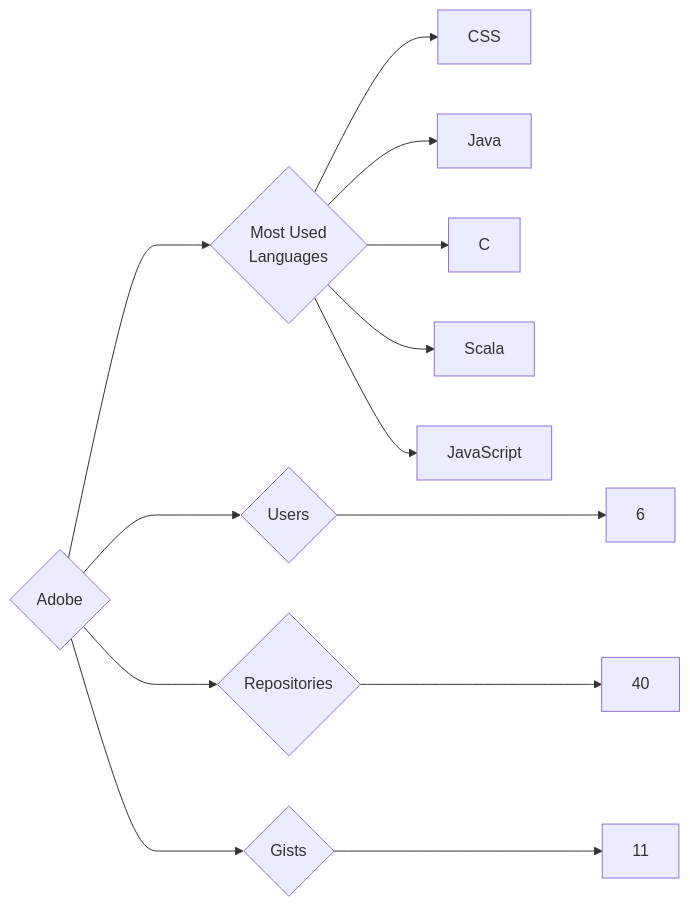
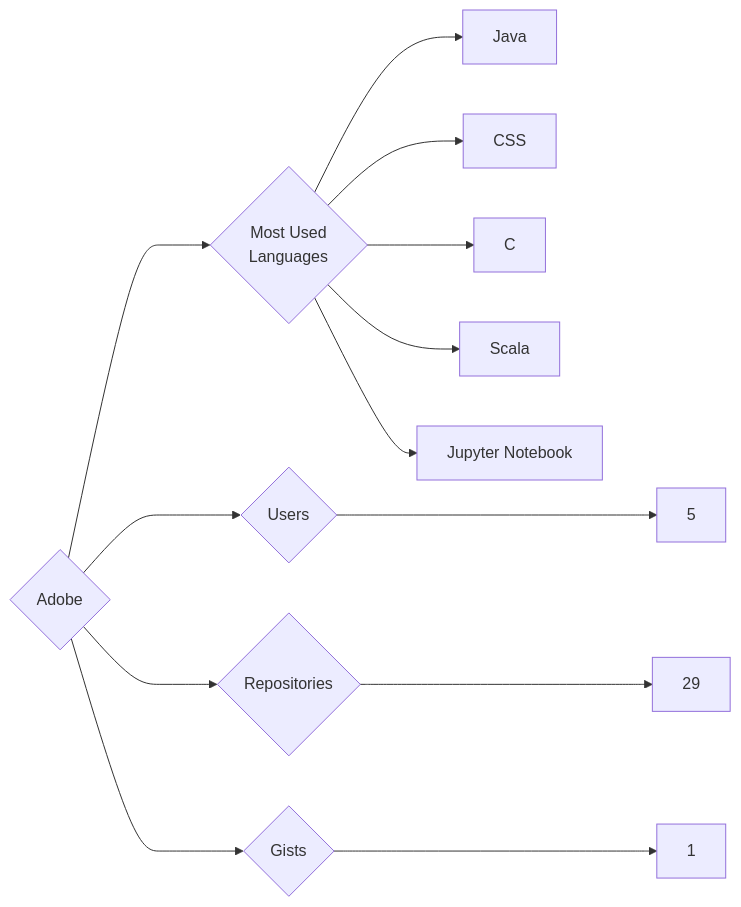
Before and after one commit to trickest/insiders: the diagram in targets/Adobe/README.md, drawn with Mermaid. The commit also changed 1084 other files, not shown here.

````diff
--- a/targets/Adobe/README.md
+++ b/targets/Adobe/README.md
@@ -3,13 +3,13 @@
 ```mermaid
 graph LR
 COMPANY_NAME{Adobe}
-COMPANY_NAME ---> U{Users} ---> UN[6]
-COMPANY_NAME ---> R{Repositories} ---> RN[40]
-COMPANY_NAME ---> G{Gists} ---> GN[11]
+COMPANY_NAME ---> U{Users} ---> UN[5]
+COMPANY_NAME ---> R{Repositories} ---> RN[29]
+COMPANY_NAME ---> G{Gists} ---> GN[1]
 COMPANY_NAME ---> ML{Most Used<br>Languages}
+ML --> Java[Java]
 ML --> CSS[CSS]
-ML --> Java[Java]
 ML --> C[C]
 ML --> Scala[Scala]
-ML --> JavaScript[JavaScript]
+ML --> Jupyter_Notebook[Jupyter Notebook]
 ```
````
